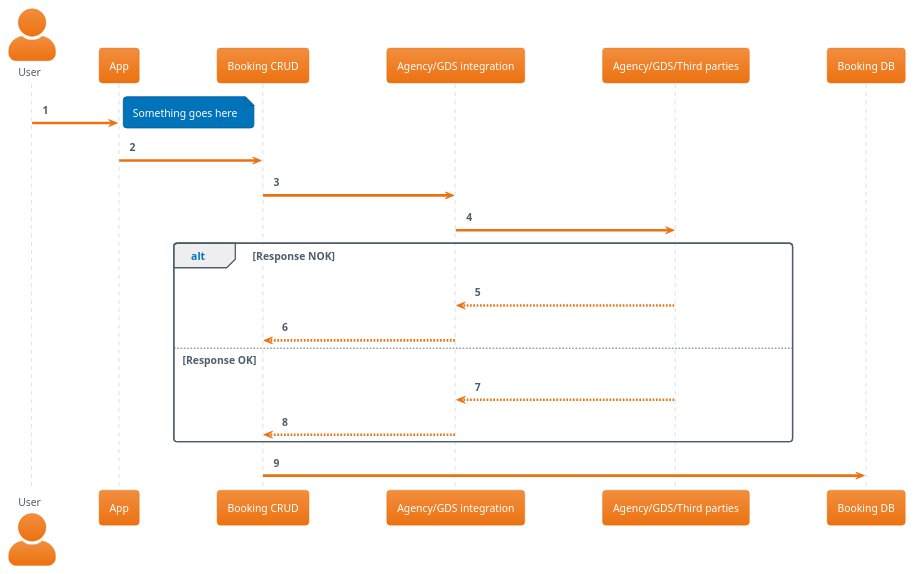
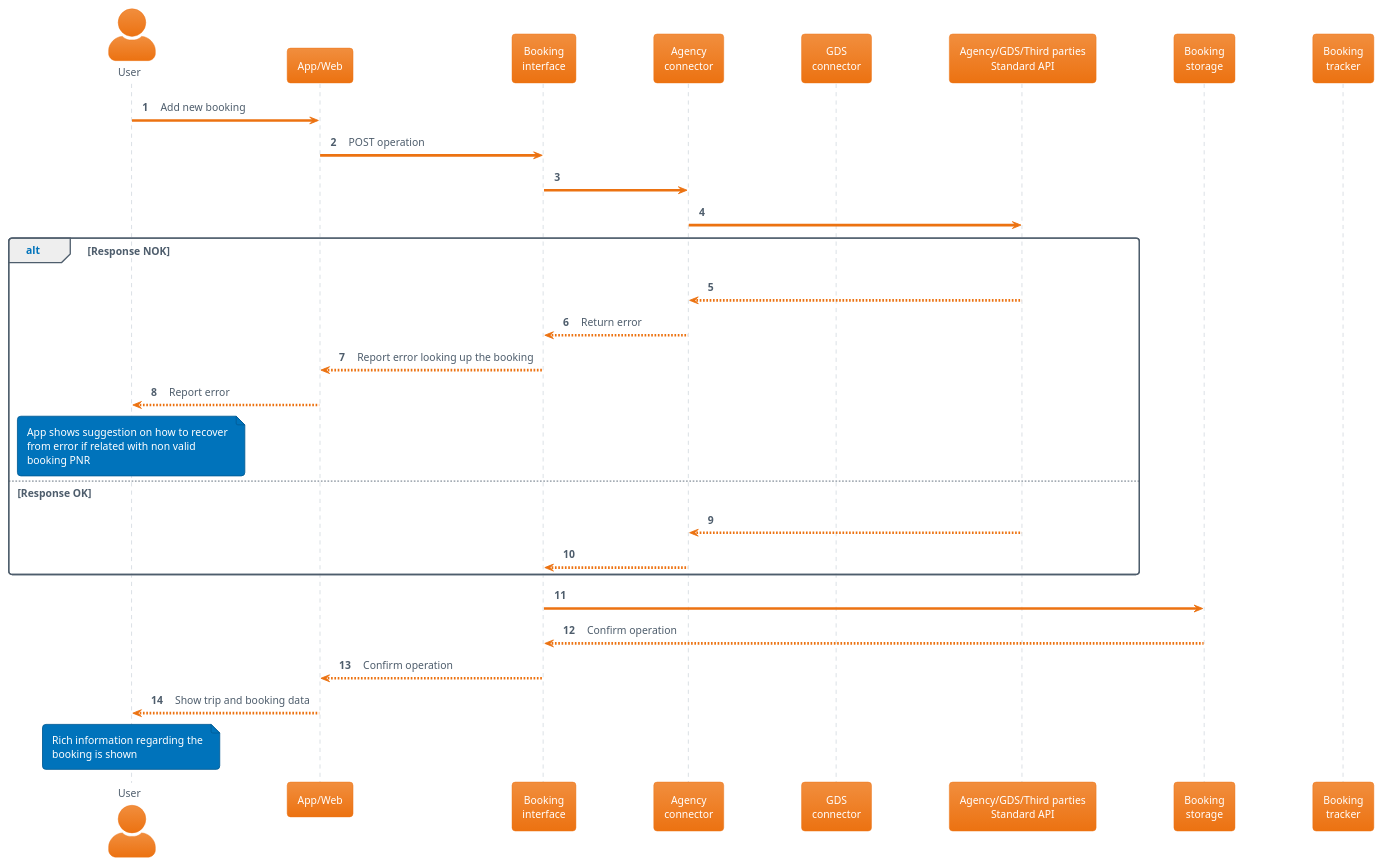
The first of 2 diagrams in doc/use_cases/user_add_booking_manually.md (relic-da/ArchEnemies), drawn with PlantUML before and after one commit. The commit also changed other lines of this file and 3 other files, not shown here.

````diff
--- a/doc/use_cases/user_add_booking_manually.md
+++ b/doc/use_cases/user_add_booking_manually.md
@@ -8,34 +15,48 @@
 ```plantuml
 @startuml user_add_booking_manually
 !theme aws-orange
 
 skinparam BackgroundColor white
 skinparam actorstyle awesome
 autonumber 1
 
 actor "User" as user
-participant "App" as app
-participant "Booking CRUD" as booking_crud
-participant "Agency/GDS integration" as agency_int
-participant "Agency/GDS/Third parties" as third_parties
-participant "Booking DB" as booking_db
+participant "App/Web" as app
+participant "Booking\ninterface" as booking_interface
+participant "Agency\nconnector" as agency_connector
+participant "GDS\nconnector" as gds_connector
+participant "Agency/GDS/Third parties\nStandard API" as third_parties
+participant "Booking\nstorage" as booking_storage
+participant "Booking\ntracker" as booking_tracker
 
-user -> app
-note right
-Something goes here
-end note
-app -> booking_crud
-booking_crud -> agency_int
-agency_int -> third_parties
+user -> app: Add new booking
+app -> booking_interface: POST operation
+booking_interface -> agency_connector
+agency_connector -> third_parties
+
 alt Response NOK
-   third_parties --> agency_int
-   agency_int --> booking_crud
+   third_parties --> agency_connector
+   agency_connector --> booking_interface: Return error
+   booking_interface --> app: Report error looking up the booking
+   app --> user: Report error
+   note over user
+      App shows suggestion on how to recover
+      from error if related with non valid
+      booking PNR
+   end note
 else Response OK
-   third_parties --> agency_int
-   agency_int --> booking_crud
+   third_parties --> agency_connector
+   agency_connector --> booking_interface
 end
 
-booking_crud -> booking_db
+booking_interface -> booking_storage
+return Confirm operation
+booking_interface --> app: Confirm operation
+app --> user: Show trip and booking data
+note over user
+   Rich information regarding the
+   booking is shown
+end note
 @enduml
 
 ```
````
